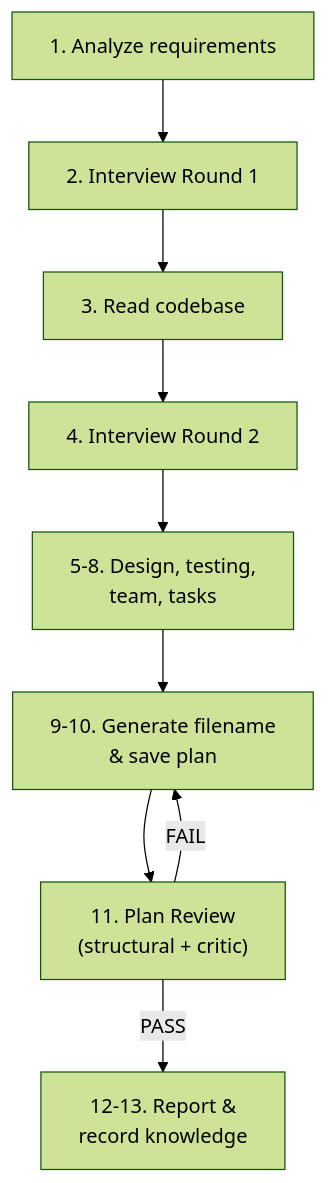
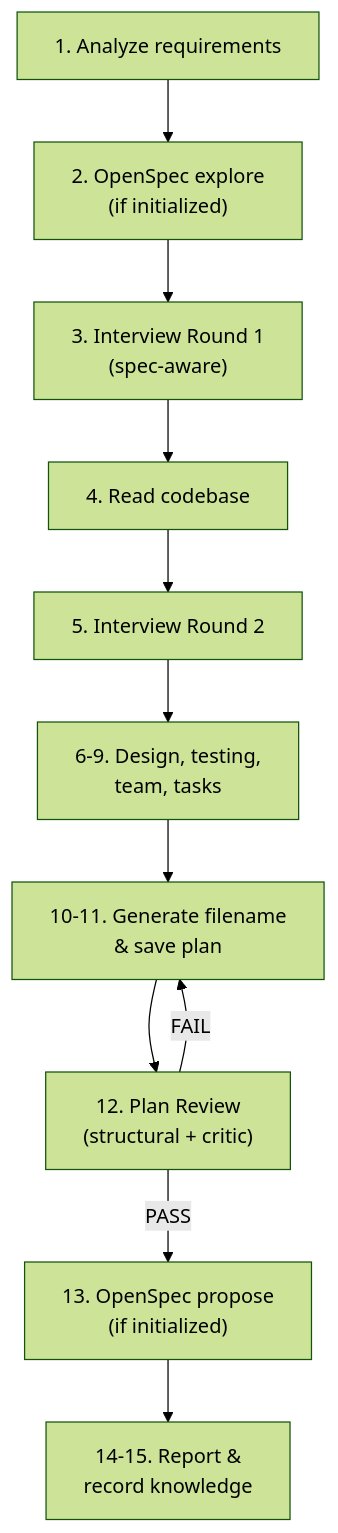
One commit to a-simeshin/qwen-code-autocode-flow changed the diagram in docs/plan-w-team.md. Above: the diagram before and after it, drawn with Mermaid (forest theme). The commit also changed other lines of this file and 20 other files, not shown here.

````diff
--- a/docs/plan-w-team.md
+++ b/docs/plan-w-team.md
@@ -7,11 +7,13 @@
 ```mermaid
 flowchart TD
-    A["1. Analyze requirements"] --> C["2. Interview Round 1"]
-    C --> D["3. Read codebase"]
-    D --> E["4. Interview Round 2"]
-    E --> F["5-8. Design, testing,<br/>team, tasks"]
-    F --> G["9-10. Generate filename<br/>& save plan"]
-    G --> H["11. Plan Review<br/>(structural + critic)"]
+    A["1. Analyze requirements"] --> B["2. OpenSpec explore<br/>(if initialized)"]
+    B --> C["3. Interview Round 1<br/>(spec-aware)"]
+    C --> D["4. Read codebase"]
+    D --> E["5. Interview Round 2"]
+    E --> F["6-9. Design, testing,<br/>team, tasks"]
+    F --> G["10-11. Generate filename<br/>& save plan"]
+    G --> H["12. Plan Review<br/>(structural + critic)"]
     H -->|FAIL| G
-    H -->|PASS| I["12-13. Report &<br/>record knowledge"]
+    H -->|PASS| I["13. OpenSpec propose<br/>(if initialized)"]
+    I --> J["14-15. Report &<br/>record knowledge"]
 ```
````
